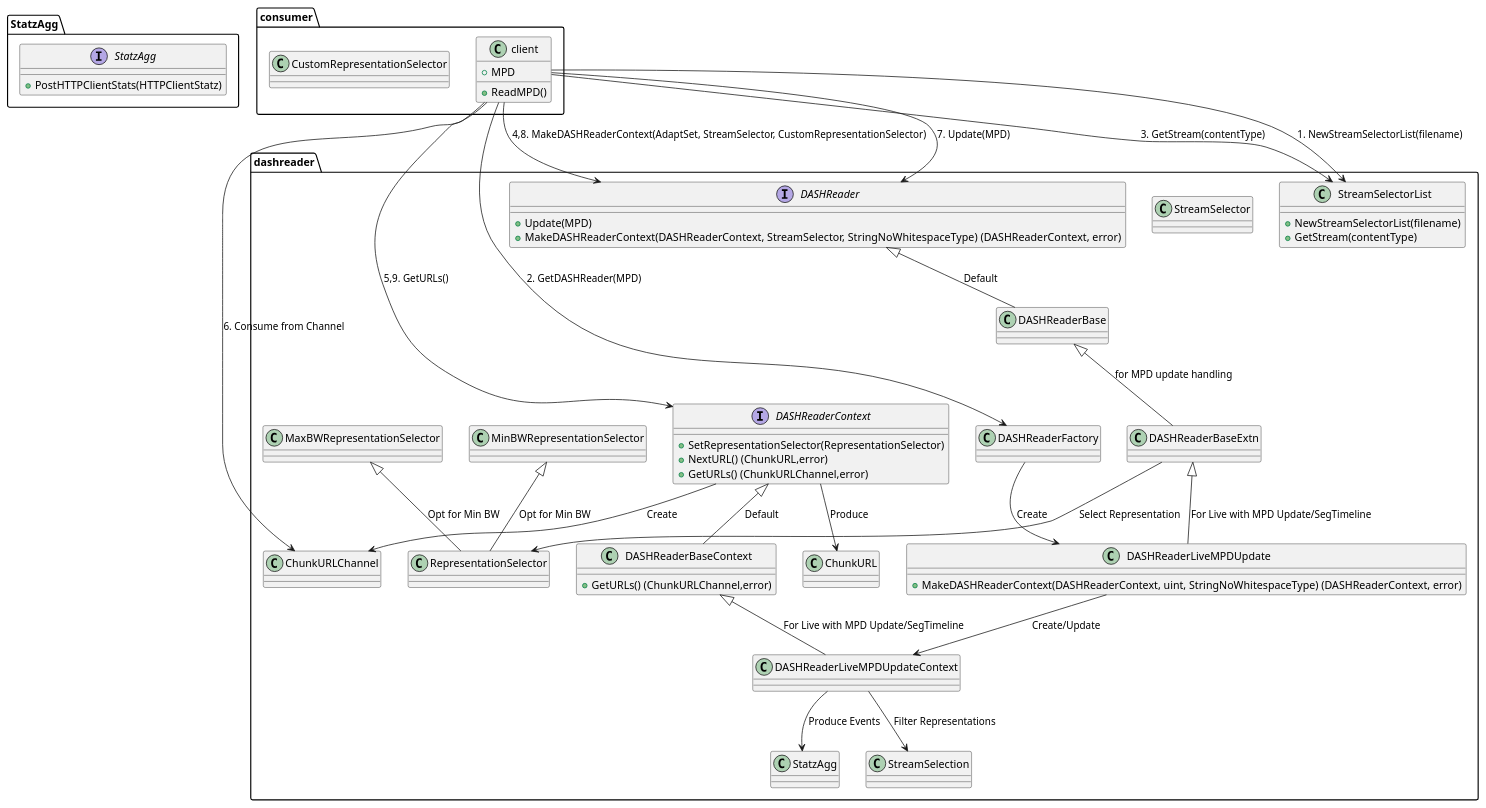
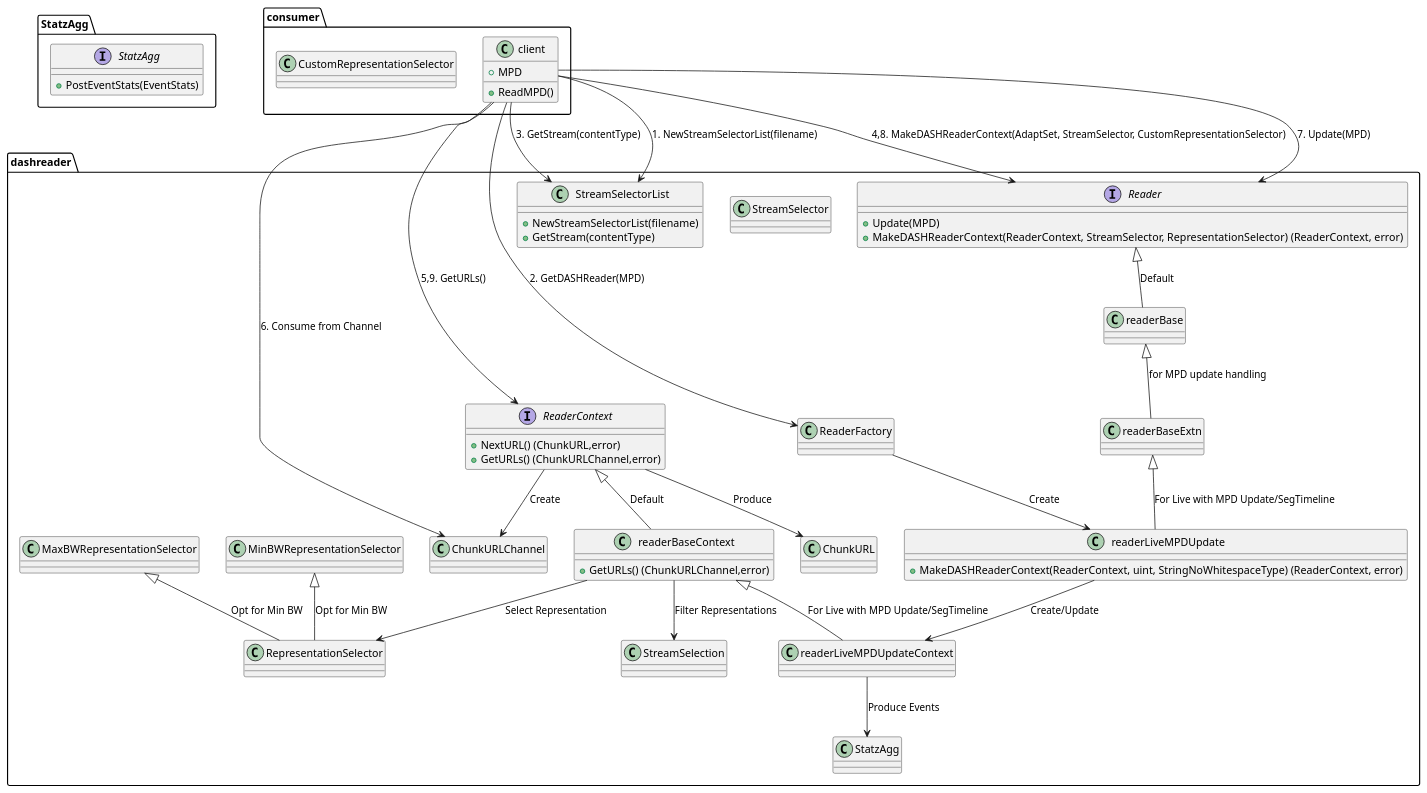
The diagram in class.wsd (anbangisak/dashreader), drawn with PlantUML before and after one commit. The commit also changed 10 other files, not shown here.

```diff
--- a/class.wsd
+++ b/class.wsd
@@ -1,67 +1,67 @@
-@startuml dashclient
+@startuml dashreader
 package StatzAgg {
     interface StatzAgg {
-        + PostHTTPClientStats(HTTPClientStatz)
+        + PostEventStats(EventStats)
     }
+    
 }
 package dashreader {
     class ChunkURL {
     }
     class ChunkURLChannel {
     }
-    interface DASHReaderContext {
-        + SetRepresentationSelector(RepresentationSelector)
+    interface ReaderContext {
         + NextURL() (ChunkURL,error)
         + GetURLs() (ChunkURLChannel,error)
     }
-    interface DASHReader {
+    interface Reader {
         + Update(MPD)
-        + MakeDASHReaderContext(DASHReaderContext, StreamSelector, StringNoWhitespaceType) (DASHReaderContext, error)
+        + MakeDASHReaderContext(ReaderContext, StreamSelector, RepresentationSelector) (ReaderContext, error)
     }
-    class DASHReaderBaseContext { 
+    class ReaderFactory {
+    }
+    class readerBaseContext { 
         + GetURLs() (ChunkURLChannel,error)      
-    }
-    class DASHReaderFactory {
     }
     class StreamSelector {
     }
     class StreamSelectorList {
         + NewStreamSelectorList(filename)
         + GetStream(contentType)
     }
     class RepresentationSelector {
     }
-    class DASHReaderLiveMPDUpdate {
-        + MakeDASHReaderContext(DASHReaderContext, uint, StringNoWhitespaceType) (DASHReaderContext, error)
+    class readerLiveMPDUpdate {
+        + MakeDASHReaderContext(ReaderContext, uint, StringNoWhitespaceType) (ReaderContext, error)
     }
-    DASHReaderContext ^-- DASHReaderBaseContext : Default
-    DASHReaderBaseContext ^-- DASHReaderLiveMPDUpdateContext : For Live with MPD Update/SegTimeline
-    DASHReader ^-- DASHReaderBase: Default
-    DASHReaderBase ^-- DASHReaderBaseExtn : for MPD update handling
-    DASHReaderBaseExtn ^-- DASHReaderLiveMPDUpdate : For Live with MPD Update/SegTimeline
-    DASHReaderLiveMPDUpdate --> DASHReaderLiveMPDUpdateContext : Create/Update
-    DASHReaderFactory --> DASHReaderLiveMPDUpdate : Create
-    DASHReaderContext --> ChunkURLChannel : Create
-    DASHReaderContext --> ChunkURL : Produce
-    DASHReaderLiveMPDUpdateContext --> StatzAgg : Produce Events
-    DASHReaderLiveMPDUpdateContext --> StreamSelection : Filter Representations
-    DASHReaderBaseExtn --> RepresentationSelector : Select Representation
+    ReaderContext ^-- readerBaseContext : Default
+    readerBaseContext ^-- readerLiveMPDUpdateContext : For Live with MPD Update/SegTimeline
+    Reader ^-- readerBase: Default
+    readerBase ^-- readerBaseExtn : for MPD update handling
+    readerBaseExtn ^-- readerLiveMPDUpdate : For Live with MPD Update/SegTimeline
+    readerLiveMPDUpdate --> readerLiveMPDUpdateContext : Create/Update
+    ReaderFactory --> readerLiveMPDUpdate : Create
+    ReaderContext --> ChunkURLChannel : Create
+    ReaderContext --> ChunkURL : Produce
+    readerLiveMPDUpdateContext --> StatzAgg : Produce Events
+    readerBaseContext --> StreamSelection : Filter Representations
+    readerBaseContext --> RepresentationSelector : Select Representation
     MinBWRepresentationSelector ^-- RepresentationSelector : Opt for Min BW
     MaxBWRepresentationSelector ^-- RepresentationSelector : Opt for Min BW
 }
 package consumer {
     class client {
         + MPD
         + ReadMPD() 
     }
     class CustomRepresentationSelector{
     }
     client --> StreamSelectorList : 1. NewStreamSelectorList(filename)
-    client --> DASHReaderFactory : 2. GetDASHReader(MPD)   
+    client --> ReaderFactory : 2. GetDASHReader(MPD)   
     client --> StreamSelectorList : 3. GetStream(contentType)    
-    client --> DASHReader: 4,8. MakeDASHReaderContext(AdaptSet, StreamSelector, CustomRepresentationSelector)
-    client --> DASHReaderContext : 5,9. GetURLs()
+    client --> Reader: 4,8. MakeDASHReaderContext(AdaptSet, StreamSelector, CustomRepresentationSelector)
+    client --> ReaderContext : 5,9. GetURLs()
     client --> ChunkURLChannel : 6. Consume from Channel
-    client --> DASHReader: 7. Update(MPD)
+    client --> Reader: 7. Update(MPD)
 }
 @enduml
```
